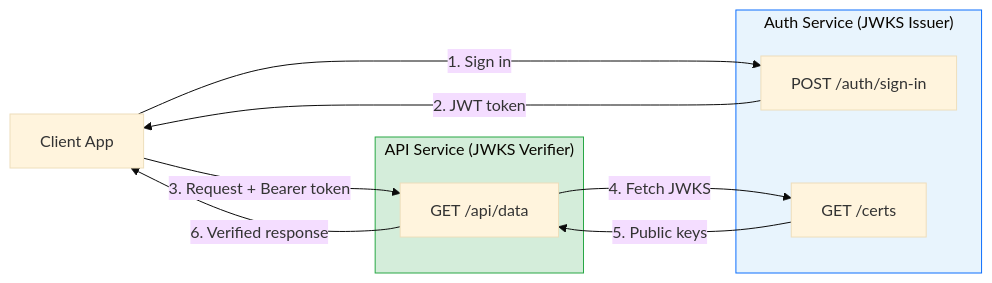
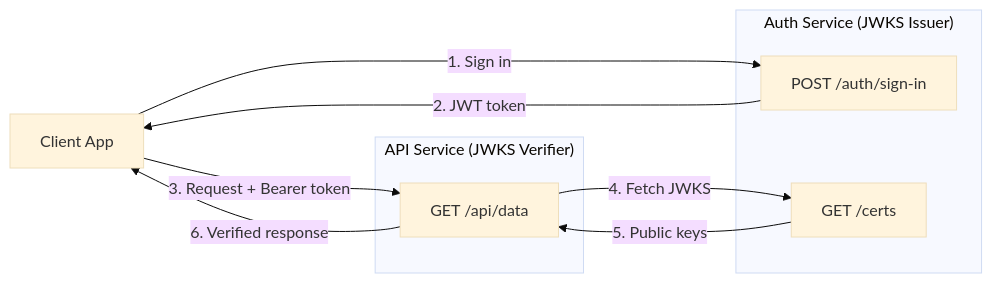
One commit to VENIZIA-AI/ignis changed the first of 3 diagrams in docs/wiki/content/extensions/components/authentication/usage.md. Above: the diagram before and after it, drawn with Mermaid (base theme). The commit also changed other lines of this file and 233 other files, not shown here.

````diff
--- a/docs/wiki/content/extensions/components/authentication/usage.md
+++ b/docs/wiki/content/extensions/components/authentication/usage.md
@@ -214,23 +159,17 @@
 ```mermaid
 flowchart LR
     CLIENT["Client App"]
-
     subgraph AUTH["Auth Service (JWKS Issuer)"]
         SIGNIN["POST /auth/sign-in"]
         CERTS["GET /certs"]
     end
-
     subgraph API["API Service (JWKS Verifier)"]
         DATA["GET /api/data"]
     end
-
     CLIENT -->|"1. Sign in"| SIGNIN
     SIGNIN -->|"2. JWT token"| CLIENT
     CLIENT -->|"3. Request + Bearer token"| DATA
     DATA -->|"4. Fetch JWKS"| CERTS
     CERTS -->|"5. Public keys"| DATA
     DATA -->|"6. Verified response"| CLIENT
-
-    style AUTH fill:#e8f4fd,stroke:#0d6efd
-    style API fill:#d4edda,stroke:#28a745
 ```
````
